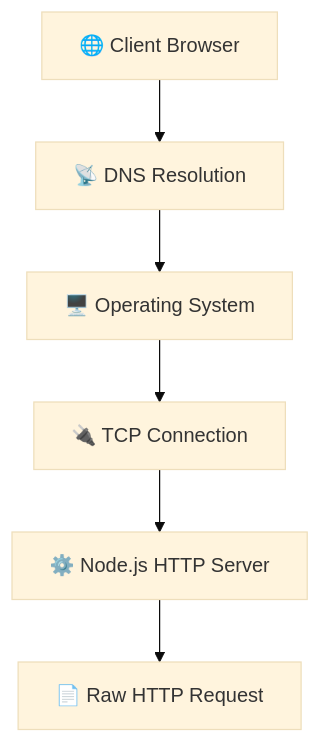
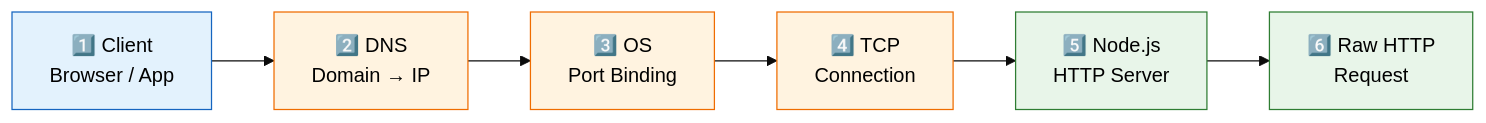
Before and after one commit to PrajwalAmbekar/Backend-Learning: the first of 4 diagrams in HTTP_Lifecycle/http_req_res_lifecycle.md, drawn with Mermaid (base theme). The commit also changed other lines of this file, not shown here.

Commit message:
created the md file for http-request-response-lifecycle

````diff
--- a/HTTP_Lifecycle/http_req_res_lifecycle.md
+++ b/HTTP_Lifecycle/http_req_res_lifecycle.md
@@ -11,8 +12,13 @@
 ```mermaid
-flowchart TD
-    A[🌐 Client Browser] --> B[📡 DNS Resolution]
-    B --> C[🖥️ Operating System]
-    C --> D[🔌 TCP Connection]
-    D --> E[⚙️ Node.js HTTP Server]
-    E --> F[📄 Raw HTTP Request]
+flowchart LR
+    A[1️⃣ Client<br/>Browser / App]:::client --> 
+    B[2️⃣ DNS<br/>Domain → IP]:::infra --> 
+    C[3️⃣ OS<br/>Port Binding]:::infra --> 
+    D[4️⃣ TCP<br/>Connection]:::infra --> 
+    E[5️⃣ Node.js<br/>HTTP Server]:::node --> 
+    F[6️⃣ Raw HTTP<br/>Request]:::node
+
+    classDef client fill:#E3F2FD,stroke:#1565C0,color:#000
+    classDef infra fill:#FFF3E0,stroke:#EF6C00,color:#000
+    classDef node fill:#E8F5E9,stroke:#2E7D32,color:#000
 ```
````
